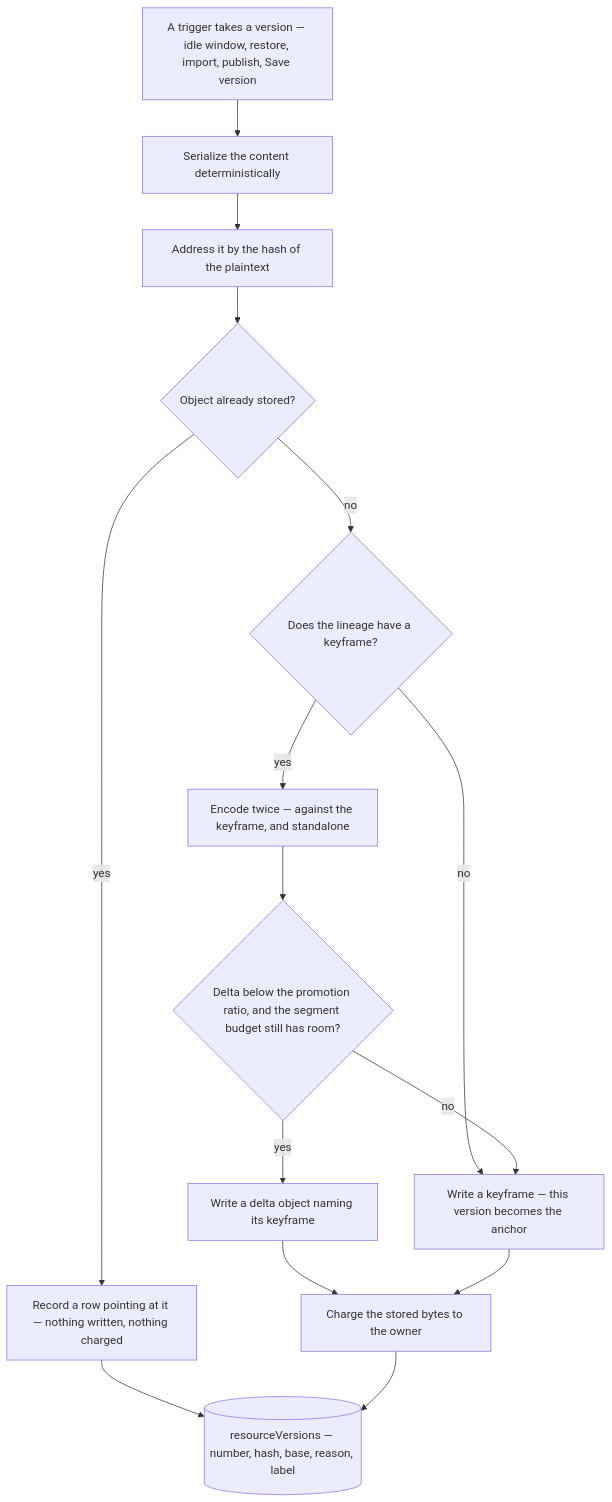
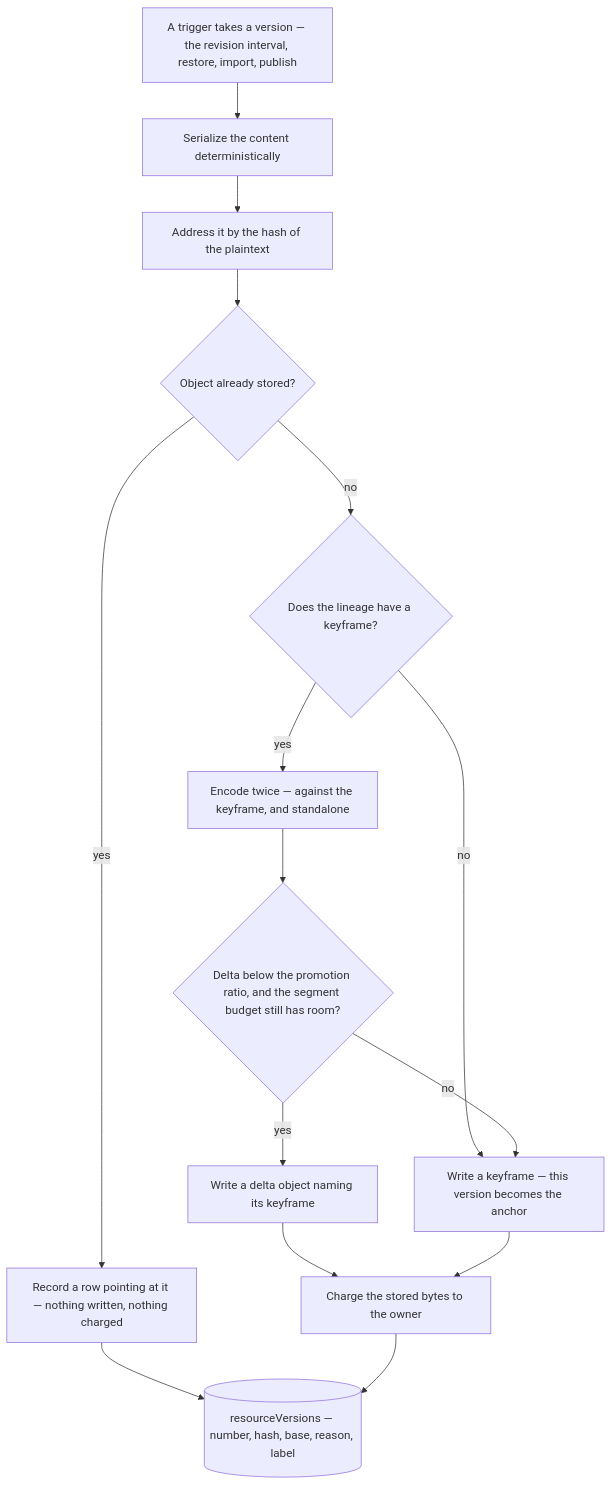
One commit to Esposter/Esposter changed the diagram in apps/web/content/docs/proposals/platform/resource-version-store/index.md. Above: the diagram before and after it, drawn with Mermaid. The commit also changed 1 other file, not shown here.

Commit message:
docs(platform): the two pages naming the removed command name what replaced it
A rename owes a sweep over prose, and these two are what it turned up: the page
parity note still described a save-version dialog on the action bar, and the
version-store proposal's diagram still listed the idle window and the manual
command among its triggers.

````diff
--- a/apps/web/content/docs/proposals/platform/resource-version-store/index.md
+++ b/apps/web/content/docs/proposals/platform/resource-version-store/index.md
@@ -28,17 +28,17 @@
 ```mermaid
 flowchart TD
-  save["A trigger takes a version — idle window, restore, import, publish, Save version"] --> serialize["Serialize the content deterministically"]
+  save["A trigger takes a version — the revision interval, restore, import, publish"] --> serialize["Serialize the content deterministically"]
   serialize --> hash["Address it by the hash of the plaintext"]
   hash --> exists{"Object already stored?"}
   exists -->|yes| dedupe["Record a row pointing at it — nothing written, nothing charged"]
   exists -->|no| anchor{"Does the lineage have a keyframe?"}
   anchor -->|no| promote["Write a keyframe — this version becomes the anchor"]
   anchor -->|yes| encode["Encode twice — against the keyframe, and standalone"]
   encode --> margin{"Delta below the promotion ratio, and the segment budget still has room?"}
   margin -->|yes| delta["Write a delta object naming its keyframe"]
   margin -->|no| promote
   delta --> charge["Charge the stored bytes to the owner"]
   promote --> charge
   dedupe --> row[("resourceVersions — number, hash, base, reason, label")]
   charge --> row
 ```
````
